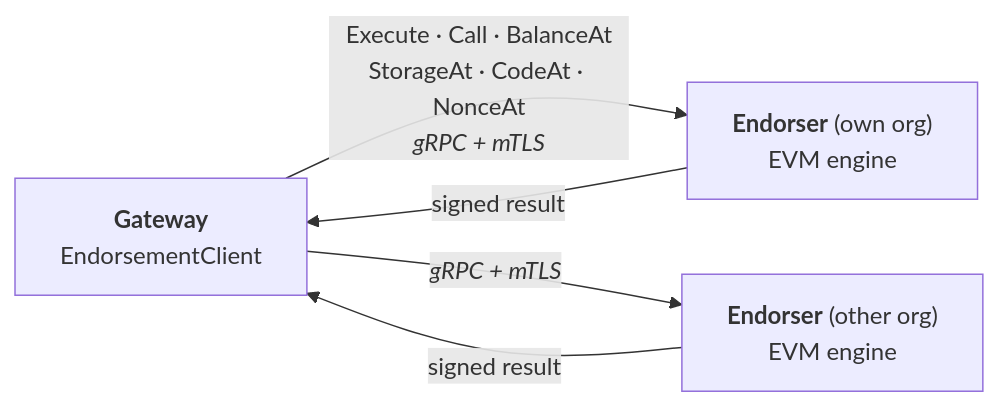
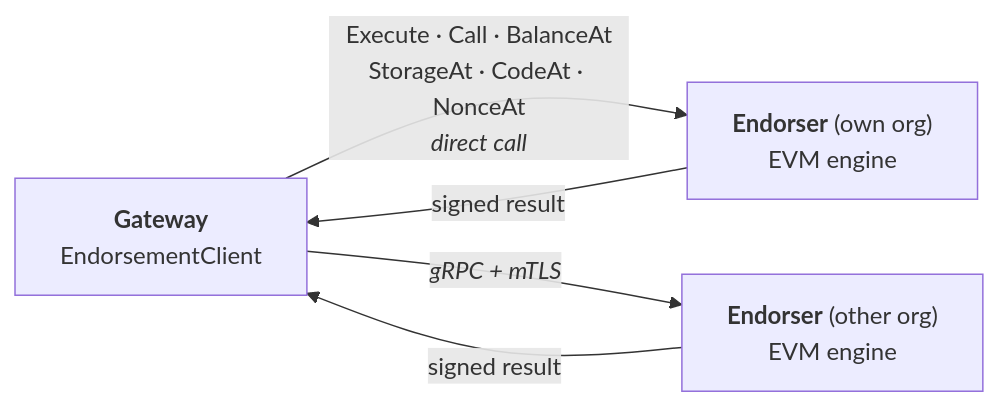
Before and after one commit to Siddhartha-singh01/fabric-x-evm: the diagram in docs/ENDORSEMENT_API.md, drawn with Mermaid. The commit also changed other lines of this file and 16 other files, not shown here.

````diff
--- a/docs/ENDORSEMENT_API.md
+++ b/docs/ENDORSEMENT_API.md
@@ -31,10 +31,10 @@
 ```mermaid
 flowchart LR
     G["<b>Gateway</b><br/>EndorsementClient"]
     E1["<b>Endorser</b> (own org)<br/>EVM engine"]
     E2["<b>Endorser</b> (other org)<br/>EVM engine"]
-    G -->|"Execute · Call · BalanceAt<br/>StorageAt · CodeAt · NonceAt<br/><i>gRPC + mTLS</i>"| E1
+    G -->|"Execute · Call · BalanceAt<br/>StorageAt · CodeAt · NonceAt<br/><i>direct call</i>"| E1
     G -->|"<i>gRPC + mTLS</i>"| E2
     E1 -->|"signed result"| G
     E2 -->|"signed result"| G
 ```
````
